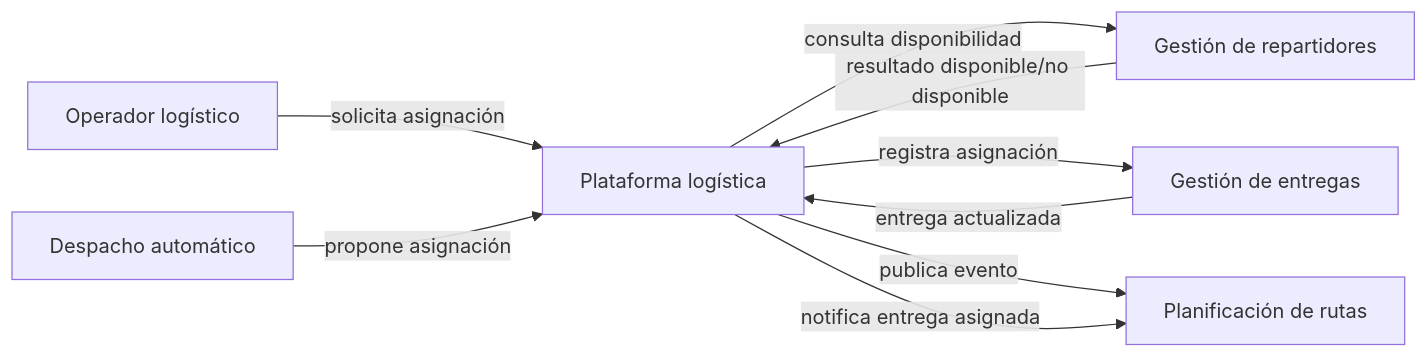
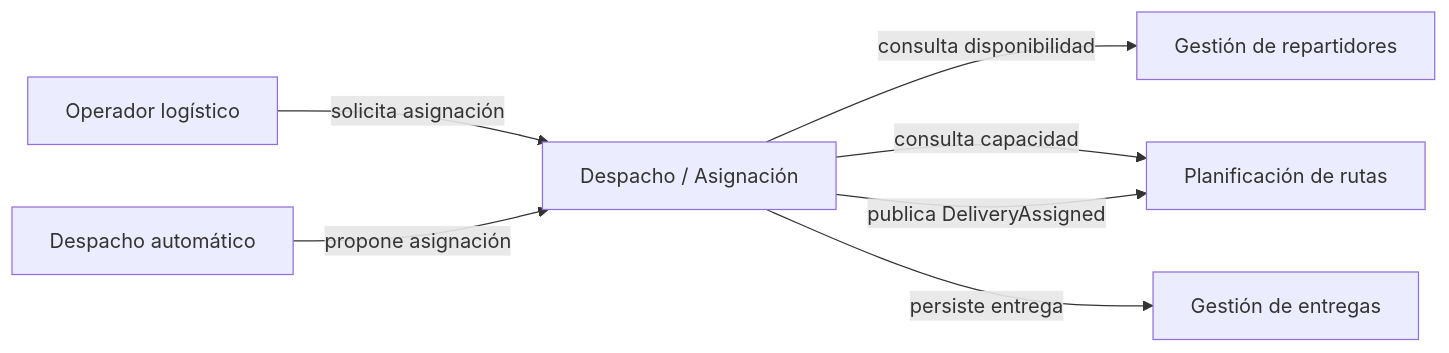
One commit to santy8151/actividad-3-dominio-ultima-milla changed the first of 2 diagrams in Architecture.md. Above: the diagram before and after it, drawn with Mermaid. The commit also changed other lines of this file and 14 other files, not shown here.

Commit message:
Reshape deliverable and adopt onion architecture

````diff
--- a/Architecture.md
+++ b/Architecture.md
@@ -9,11 +32,9 @@
 ```mermaid
 flowchart LR
-  Op[Operador logístico] -->|solicita asignación| Dispatch[Plataforma logística]
+  Op[Operador logístico] -->|solicita asignación| Dispatch[Despacho / Asignación]
   Auto[Despacho automático] -->|propone asignación| Dispatch
   Dispatch -->|consulta disponibilidad| Courier[Gestión de repartidores]
-  Dispatch -->|registra asignación| Delivery[Gestión de entregas]
-  Dispatch -->|publica evento| Route[Planificación de rutas]
-  Courier -->|resultado disponible/no disponible| Dispatch
-  Delivery -->|entrega actualizada| Dispatch
-  Dispatch -->|notifica entrega asignada| Route
+  Dispatch -->|consulta capacidad| Routes[Planificación de rutas]
+  Dispatch -->|persiste entrega| Delivery[Gestión de entregas]
+  Dispatch -->|publica DeliveryAssigned| Routes
 ```
````
